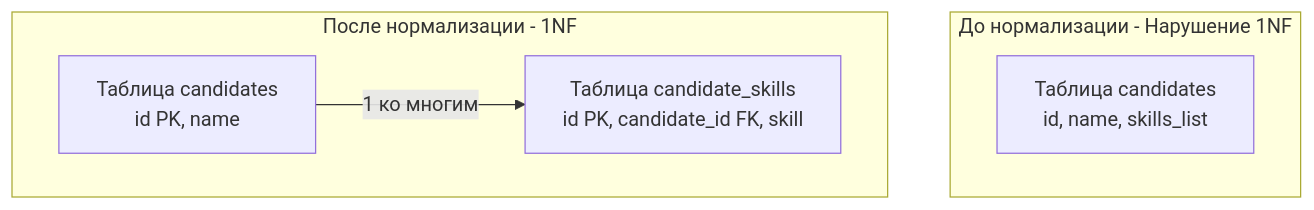
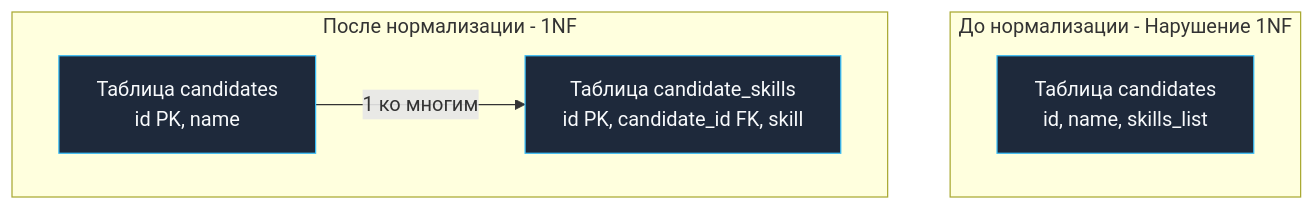
Before and after one commit to UnrealTemplier/go-textbook: the diagram in sources/12. Базы данных/01. Введение и фундамент/10. Первая нормальная форма 1NF.md, drawn with Mermaid. The commit also changed 1666 other files, not shown here.

First line of the commit message:
feat(mermaid): add semantic color classDef to 1369 colorless flowchart/graph diagrams

````diff
--- a/sources/12. Базы данных/01. Введение и фундамент/10. Первая нормальная форма 1NF.md
+++ b/sources/12. Базы данных/01. Введение и фундамент/10. Первая нормальная форма 1NF.md
@@ -59,13 +59,23 @@
 ```mermaid
 flowchart TD
+    classDef process  fill:#1e293b,stroke:#38bdf8,stroke-width:1px,color:#f8fafc
+    classDef success  fill:#064e3b,stroke:#34d399,stroke-width:1px,color:#f8fafc
+    classDef error    fill:#7f1d1d,stroke:#f87171,stroke-width:1px,color:#f8fafc
+    classDef warning  fill:#78350f,stroke:#fbbf24,stroke-width:1px,color:#f8fafc
+    classDef entry    fill:#1e3a5f,stroke:#38bdf8,stroke-width:2px,color:#f8fafc
+    classDef aux      fill:#334155,stroke:#64748b,stroke-width:1px,color:#f8fafc
+    classDef system   fill:#312e81,stroke:#a78bfa,stroke-width:1px,color:#f8fafc
+    classDef data     fill:#132d29,stroke:#2dd4bf,stroke-width:1px,color:#f8fafc
+    classDef network  fill:#881337,stroke:#fb7185,stroke-width:1px,color:#f8fafc
+    classDef accent   fill:#1e1b4b,stroke:#818cf8,stroke-width:1px,color:#f8fafc
     subgraph До нормализации - Нарушение 1NF
-        BadTable["Таблица candidates<br>id, name, skills_list"]
+        BadTable["Таблица candidates<br>id, name, skills_list"]:::process
     end
 
     subgraph После нормализации - 1NF
-        Cand["Таблица candidates<br>id PK, name"]
-        Skills["Таблица candidate_skills<br>id PK, candidate_id FK, skill"]
+        Cand["Таблица candidates<br>id PK, name"]:::process
+        Skills["Таблица candidate_skills<br>id PK, candidate_id FK, skill"]:::process
         
         Cand -->|"1 ко многим"| Skills
     end
 ```
````
